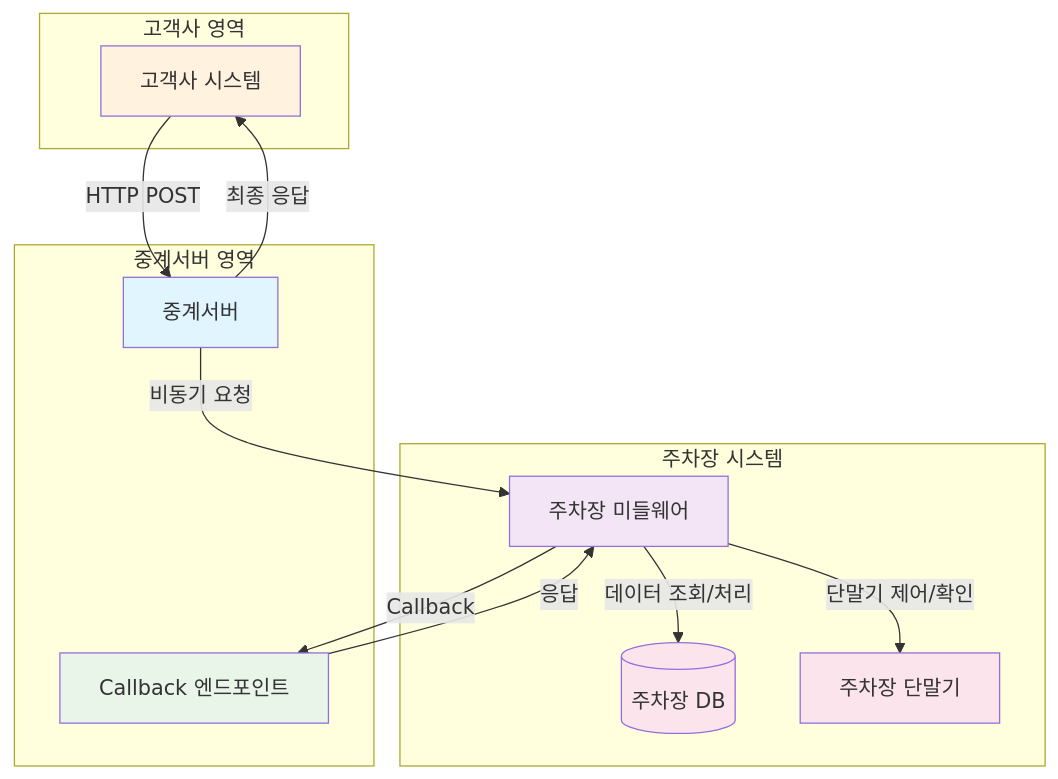
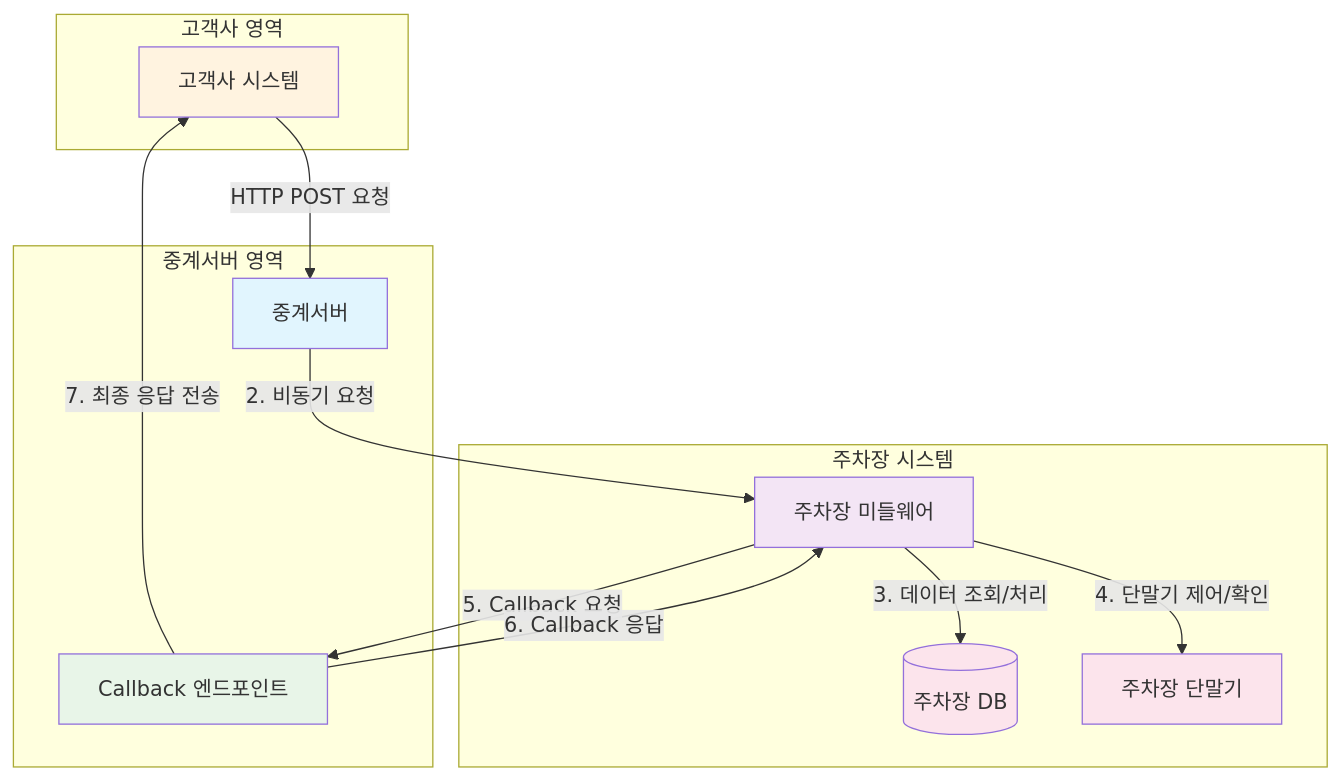
The first of 6 diagrams in README.md (hongsoonmyung/test), drawn with Mermaid before and after one commit.

````diff
--- a/README.md
+++ b/README.md
@@ -16,38 +16,38 @@
 ```mermaid
 graph TB
     subgraph "고객사 영역"
         Client[고객사 시스템]
     end
     
     subgraph "중계서버 영역"
         Relay[중계서버]
         Callback[Callback 엔드포인트]
     end
     
     subgraph "주차장 시스템"
         MW[주차장 미들웨어]
         ParkingDB[(주차장 DB)]
         Terminal[주차장 단말기]
     end
     
-    Client -->|HTTP POST | Relay
-    Relay -->|비동기 요청| MW
-    MW -->|데이터 조회/처리| ParkingDB
-    MW -->|단말기 제어/확인| Terminal
-    MW -->|Callback| Callback
-    Callback -->|응답| MW
-    Relay -->|최종 응답 | Client
+    Client -->|HTTP POST 요청| Relay
+    Relay -->|2. 비동기 요청| MW
+    MW -->|3. 데이터 조회/처리| ParkingDB
+    MW -->|4. 단말기 제어/확인| Terminal
+    MW -->|5. Callback 요청| Callback
+    Callback -->|6. Callback 응답| MW
+    Callback -->|7. 최종 응답 전송| Client
     
     classDef relayStyle fill:#e1f5fe
     classDef mwStyle fill:#f3e5f5
     classDef callbackStyle fill:#e8f5e8
     classDef clientStyle fill:#fff3e0
     classDef parkingStyle fill:#fce4ec
     
     class Relay relayStyle
     class MW mwStyle
     class Callback callbackStyle
     class Client clientStyle
     class ParkingDB parkingStyle
     class Terminal parkingStyle
 ```
````
